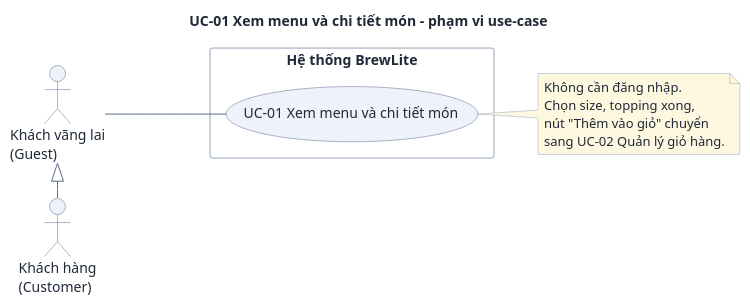
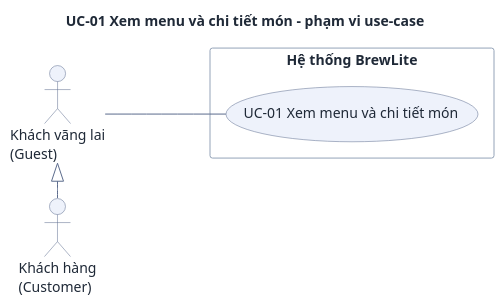
One commit to DuVinhLoi/BrewLite changed the diagram in docs/requirements/use-cases/uc-01-menu.puml. Above: the diagram before and after it, drawn with PlantUML. The commit also changed 11 other files, not shown here.

```diff
--- a/docs/requirements/use-cases/uc-01-menu.puml
+++ b/docs/requirements/use-cases/uc-01-menu.puml
@@ -1,37 +1,30 @@
 @startuml uc-01-menu
 ' BrewLite A2 - Use-case diagram cho UC-01. Dac ta va ma yeu cau: docs/requirements/use-cases/uc-01-menu.md
 skinparam DefaultFontColor #1f2937
 skinparam ArrowColor #5b6b8c
 skinparam ArrowFontColor #1f2937
 skinparam RectangleBackgroundColor #ffffff
 skinparam RectangleBorderColor #94a3b8
 skinparam ActorBackgroundColor #eef2fb
 skinparam ActorBorderColor #5b6b8c
 skinparam UsecaseBackgroundColor #eef2fb
 skinparam UsecaseBorderColor #5b6b8c
 skinparam NoteBackgroundColor #fff8e1
 skinparam NoteBorderColor #94a3b8
 skinparam Shadowing false
 
 left to right direction
 
 title UC-01 Xem menu và chi tiết món - phạm vi use-case
 
 actor "Khách vãng lai\n(Guest)" as Guest
 actor "Khách hàng\n(Customer)" as Customer
 
 rectangle "Hệ thống BrewLite" {
   usecase "UC-01 Xem menu và chi tiết món" as UC01
 }
 
 Guest <|- Customer
 
 Guest --- UC01
-
-note right of UC01
-  Không cần đăng nhập.
-  Chọn size, topping xong,
-  nút "Thêm vào giỏ" chuyển
-  sang UC-02 Quản lý giỏ hàng.
-end note
 @enduml
```
